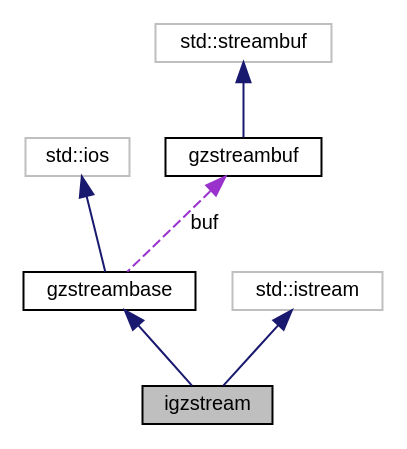
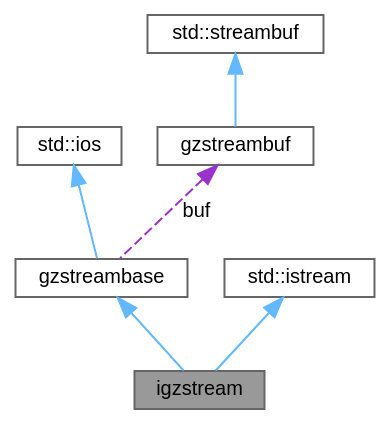
The diagram in docs/classigzstream__coll__graph.dot (clrp-code/egs_brachy), drawn with Graphviz before and after one commit. The commit also changed 1817 other files, not shown here.

```diff
--- a/docs/classigzstream__coll__graph.dot
+++ b/docs/classigzstream__coll__graph.dot
@@ -1,16 +1,18 @@
 digraph "igzstream"
 {
-  edge [fontname="Helvetica",fontsize="10",labelfontname="Helvetica",labelfontsize="10"];
-  node [fontname="Helvetica",fontsize="10",shape=record];
-  Node4 [label="igzstream",height=0.2,width=0.4,color="black", fillcolor="grey75", style="filled", fontcolor="black"];
-  Node5 -> Node4 [dir="back",color="midnightblue",fontsize="10",style="solid",fontname="Helvetica"];
-  Node5 [label="gzstreambase",height=0.2,width=0.4,color="black", fillcolor="white", style="filled",URL="$classgzstreambase.html"];
-  Node6 -> Node5 [dir="back",color="midnightblue",fontsize="10",style="solid",fontname="Helvetica"];
-  Node6 [label="std::ios",height=0.2,width=0.4,color="grey75", fillcolor="white", style="filled"];
-  Node7 -> Node5 [dir="back",color="darkorchid3",fontsize="10",style="dashed",label=" buf" ,fontname="Helvetica"];
-  Node7 [label="gzstreambuf",height=0.2,width=0.4,color="black", fillcolor="white", style="filled",URL="$classgzstreambuf.html"];
-  Node8 -> Node7 [dir="back",color="midnightblue",fontsize="10",style="solid",fontname="Helvetica"];
-  Node8 [label="std::streambuf",height=0.2,width=0.4,color="grey75", fillcolor="white", style="filled"];
-  Node9 -> Node4 [dir="back",color="midnightblue",fontsize="10",style="solid",fontname="Helvetica"];
-  Node9 [label="std::istream",height=0.2,width=0.4,color="grey75", fillcolor="white", style="filled"];
+ // LATEX_PDF_SIZE
+  bgcolor="transparent";
+  edge [fontname=Helvetica,fontsize=10,labelfontname=Helvetica,labelfontsize=10];
+  node [fontname=Helvetica,fontsize=10,shape=box,height=0.2,width=0.4];
+  Node1 [label="igzstream",height=0.2,width=0.4,color="gray40", fillcolor="grey60", style="filled", fontcolor="black",tooltip=" "];
+  Node2 -> Node1 [dir="back",color="steelblue1",style="solid"];
+  Node2 [label="gzstreambase",height=0.2,width=0.4,color="gray40", fillcolor="white", style="filled",URL="$classgzstreambase.html",tooltip=" "];
+  Node3 -> Node2 [dir="back",color="steelblue1",style="solid"];
+  Node3 [label="std::ios",height=0.2,width=0.4,color="gray40", fillcolor="white", style="filled",tooltip=" "];
+  Node4 -> Node2 [dir="back",color="darkorchid3",style="dashed",label=" buf" ];
+  Node4 [label="gzstreambuf",height=0.2,width=0.4,color="gray40", fillcolor="white", style="filled",URL="$classgzstreambuf.html",tooltip=" "];
+  Node5 -> Node4 [dir="back",color="steelblue1",style="solid"];
+  Node5 [label="std::streambuf",height=0.2,width=0.4,color="gray40", fillcolor="white", style="filled",tooltip=" "];
+  Node6 -> Node1 [dir="back",color="steelblue1",style="solid"];
+  Node6 [label="std::istream",height=0.2,width=0.4,color="gray40", fillcolor="white", style="filled",tooltip=" "];
 }
```
